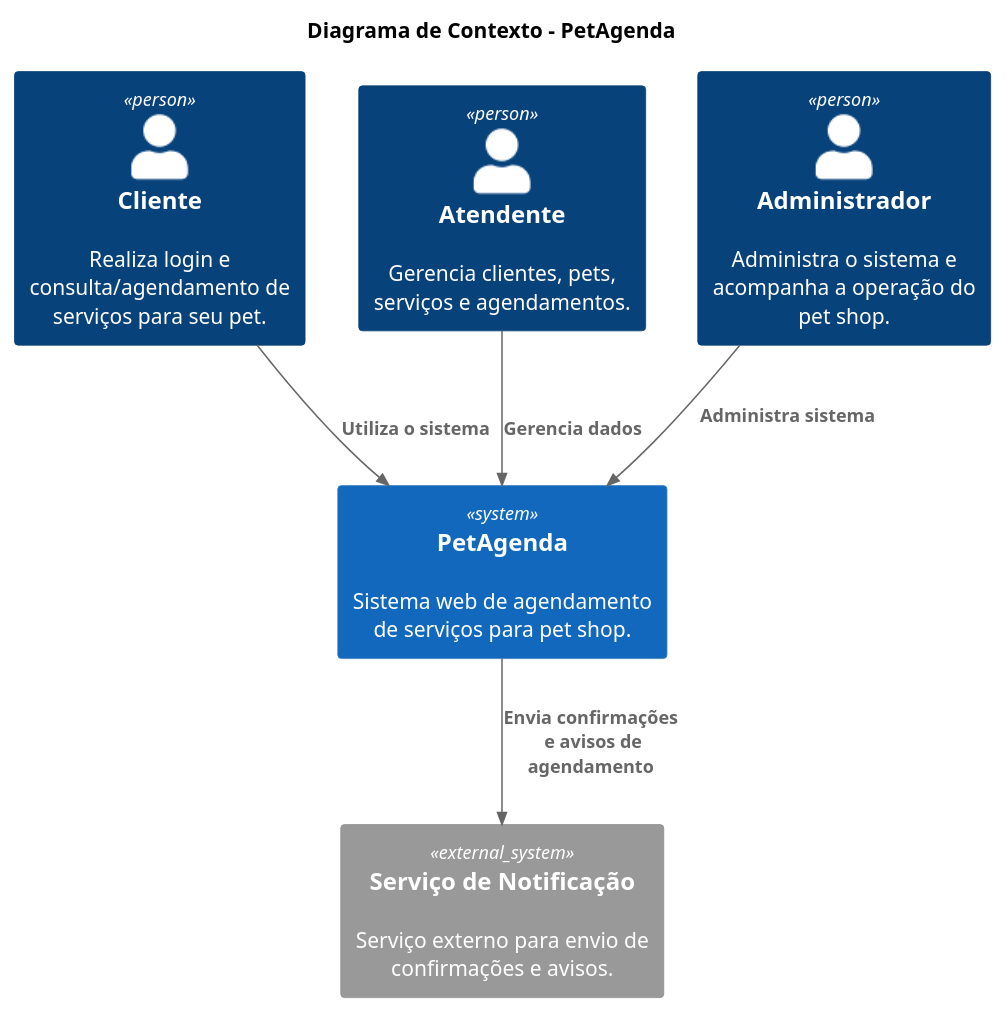
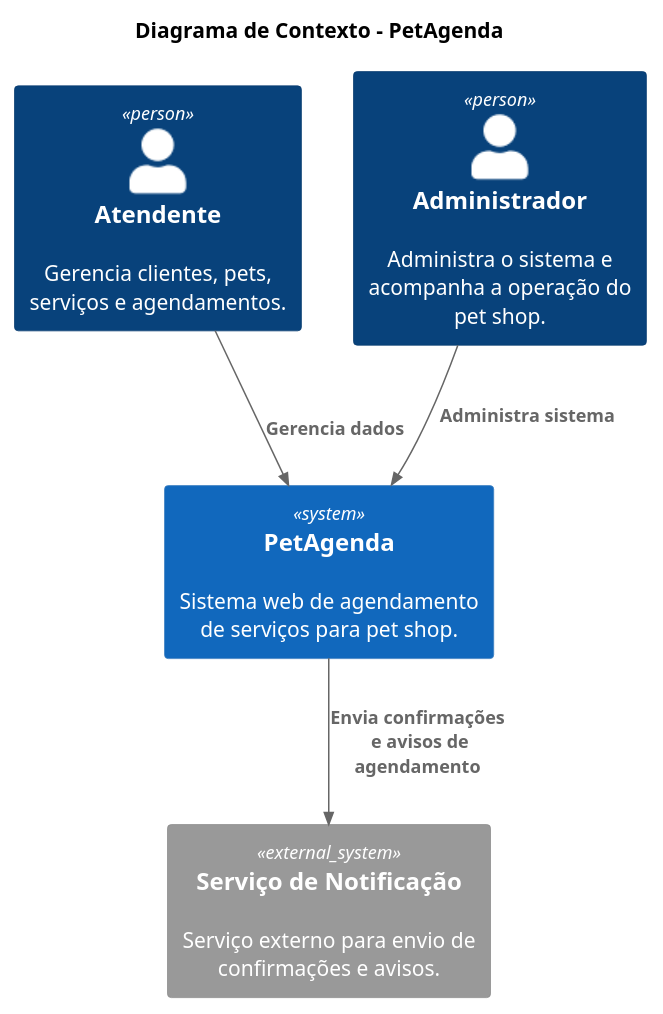
The diagram in diagrama_de_contexto.puml (GabrielLengertGuedes/petagenda), drawn with PlantUML before and after one commit. The commit also changed other lines of this file, not shown here.

```diff
--- a/diagrama_de_contexto.puml
+++ b/diagrama_de_contexto.puml
@@ -1,22 +1,19 @@
 @startuml contexto_petagenda
 !include https://raw.githubusercontent.com/plantuml-stdlib/C4-PlantUML/master/C4_Context.puml
 
 title Diagrama de Contexto - PetAgenda
 
-Person(cliente, "Cliente", "Realiza login e consulta/agendamento de serviços para seu pet.")
 Person(atendente, "Atendente", "Gerencia clientes, pets, serviços e agendamentos.")
 Person(admin, "Administrador", "Administra o sistema e acompanha a operação do pet shop.")
 
 System(petagenda, "PetAgenda", "Sistema web de agendamento de serviços para pet shop.")
 
 System_Ext(notificacao, "Serviço de Notificação", "Serviço externo para envio de confirmações e avisos.")
-
-Rel_D(cliente, petagenda, "\nUtiliza o sistema")
 
 Rel(atendente, petagenda, "\nGerencia dados")
 
 Rel(admin, petagenda, "Administra sistema")
 
 Rel(petagenda, notificacao, "Envia confirmações\n e avisos de agendamento")
 
 @enduml
```
